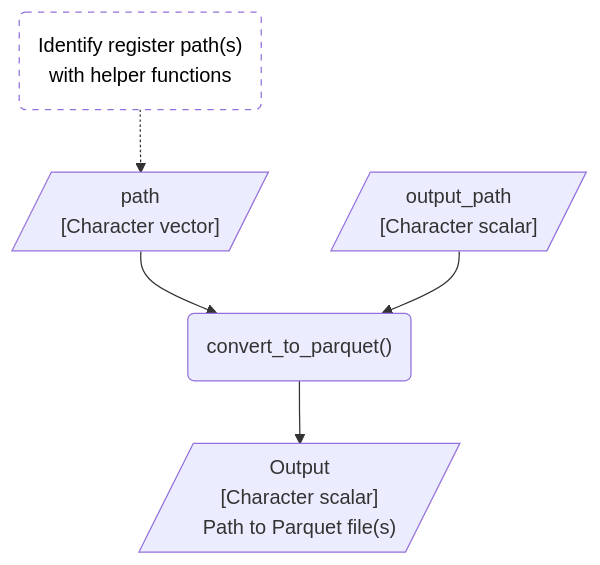
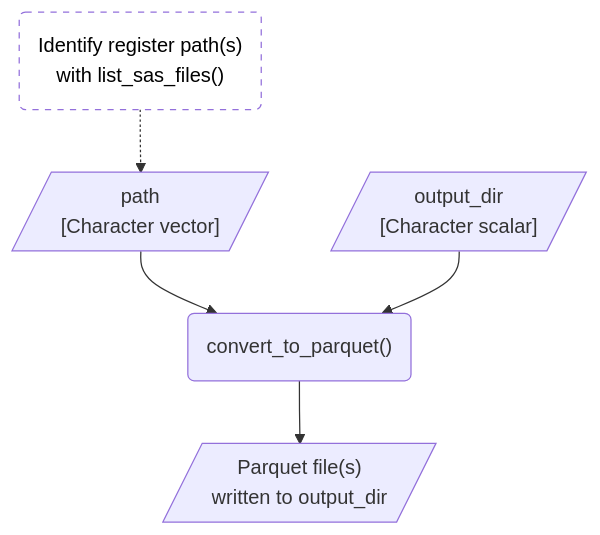
Before and after one commit to dp-next/registers2parquet: the first of 3 diagrams in vignettes/design.qmd, drawn with Mermaid. The commit also changed other lines of this file, not shown here.

Commit message:
docs: :memo: update flow diagrams; add one for targets pipeline

````diff
--- a/vignettes/design.qmd
+++ b/vignettes/design.qmd
@@ -75,21 +81,20 @@
 ```{mermaid}
 %%| label: fig-flow
-%%| fig-cap: "Flow of the expected flow using the `convert_to_parquet()` package to convert register SAS files to Parquet files."
-%%| fig-alt: "A flowchart showing the expected flow of converting register SAS files to Parquet files using the fastreg package. It includes identifying paths to the relevant SAS files using the helper functions, calling the main function `convert_to_parquet()`, which then outputs the path to the written Parquet files."
+%%| fig-cap: "Expected workflow for converting SAS files from a single register using `convert_to_parquet()`."
+%%| fig-alt: "A flowchart showing the expected flow of converting register SAS files to Parquet files."
+
 flowchart TD
-
-    identify_paths("Identify register path(s)<br>with helper functions")
+    identify_paths("Identify register path(s)<br>with list_sas_files()")
     path[/"path<br>[Character vector]"/]
-    output_path[/"output_path<br>[Character scalar]"/]
+    output_dir[/"output_dir<br>[Character scalar]"/]
     convert_to_parquet("convert_to_parquet()")
-    output[/"Output<br>[Character scalar]<br>Path to Parquet file(s)"/]
-
+    output[/"Parquet file(s)<br>written to output_dir"/]
 
     %% Edges
     identify_paths -.-> path --> convert_to_parquet
-    output_path --> convert_to_parquet
+    output_dir --> convert_to_parquet
     convert_to_parquet --> output
 
-    %% Styling
+    %% Style
     style identify_paths fill:#FFFFFF, color:#000000, stroke-dasharray: 5 5
 ```
````
